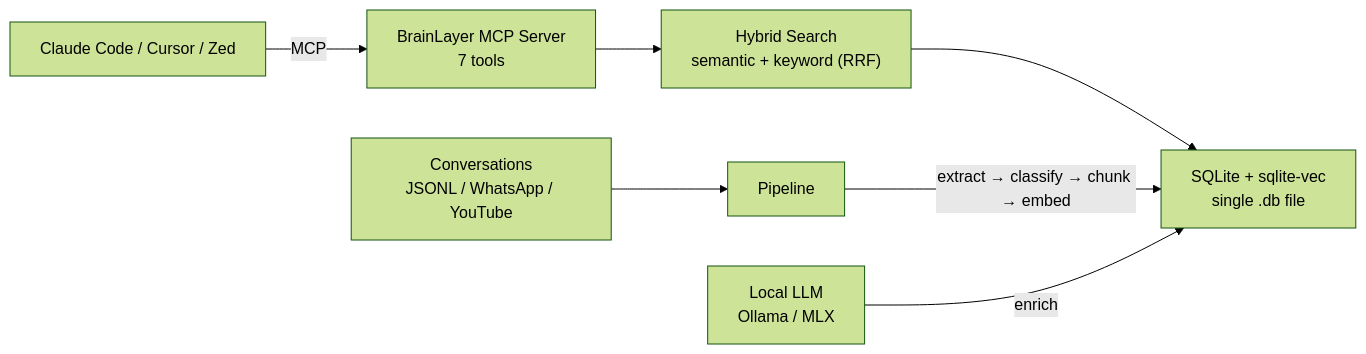
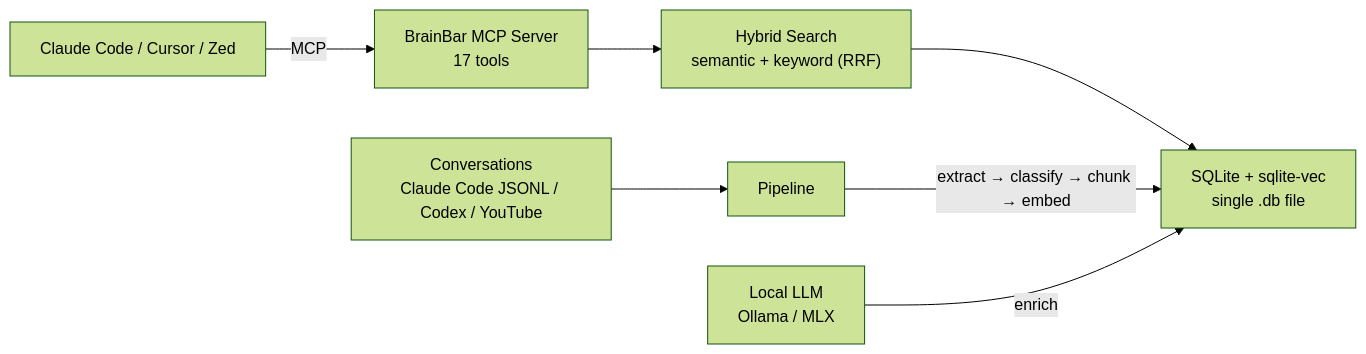
Before and after one commit to EtanHey/brainlayer: the diagram in docs/index.md, drawn with Mermaid (forest theme). The commit also changed other lines of this file and 15 other files, not shown here.

````diff
--- a/docs/index.md
+++ b/docs/index.md
@@ -49,10 +54,10 @@
 ```mermaid
 graph LR
-    A["Claude Code / Cursor / Zed"] -->|MCP| B["BrainLayer MCP Server<br/>7 tools"]
+    A["Claude Code / Cursor / Zed"] -->|MCP| B["BrainBar MCP Server<br/>17 tools"]
     B --> C["Hybrid Search<br/>semantic + keyword (RRF)"]
     C --> D["SQLite + sqlite-vec<br/>single .db file"]
 
-    E["Conversations<br/>JSONL / WhatsApp / YouTube"] --> F["Pipeline"]
+    E["Conversations<br/>Claude Code JSONL / Codex / YouTube"] --> F["Pipeline"]
     F -->|extract → classify → chunk → embed| D
     G["Local LLM<br/>Ollama / MLX"] -->|enrich| D
 ```
````
